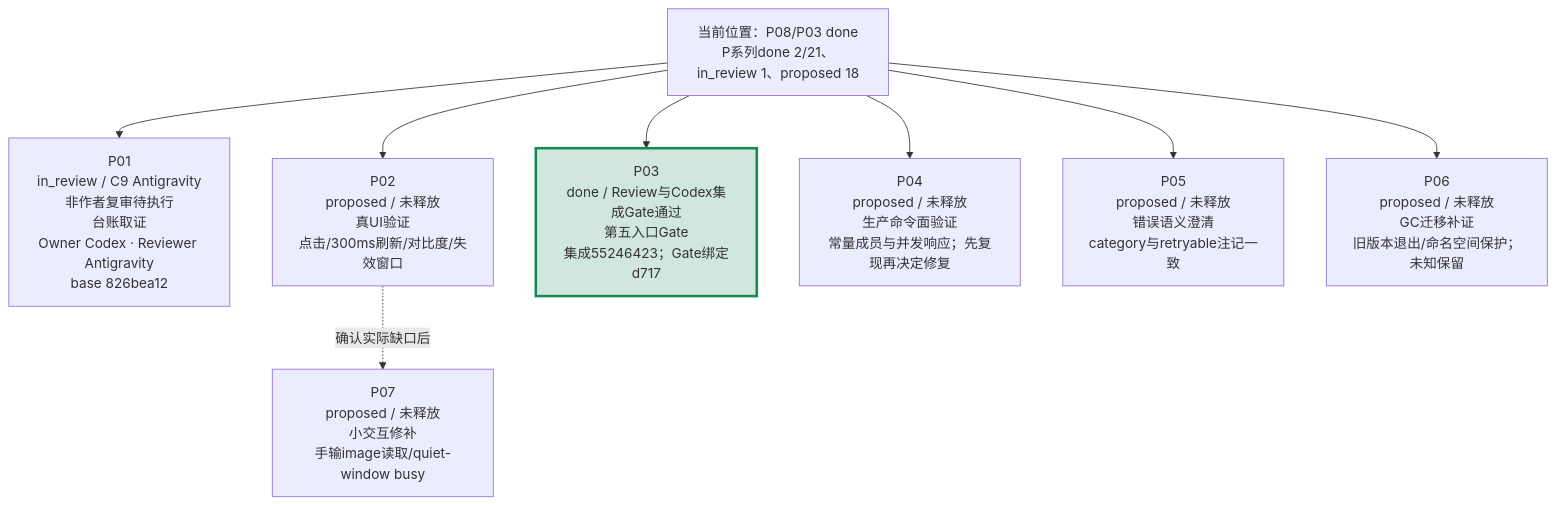
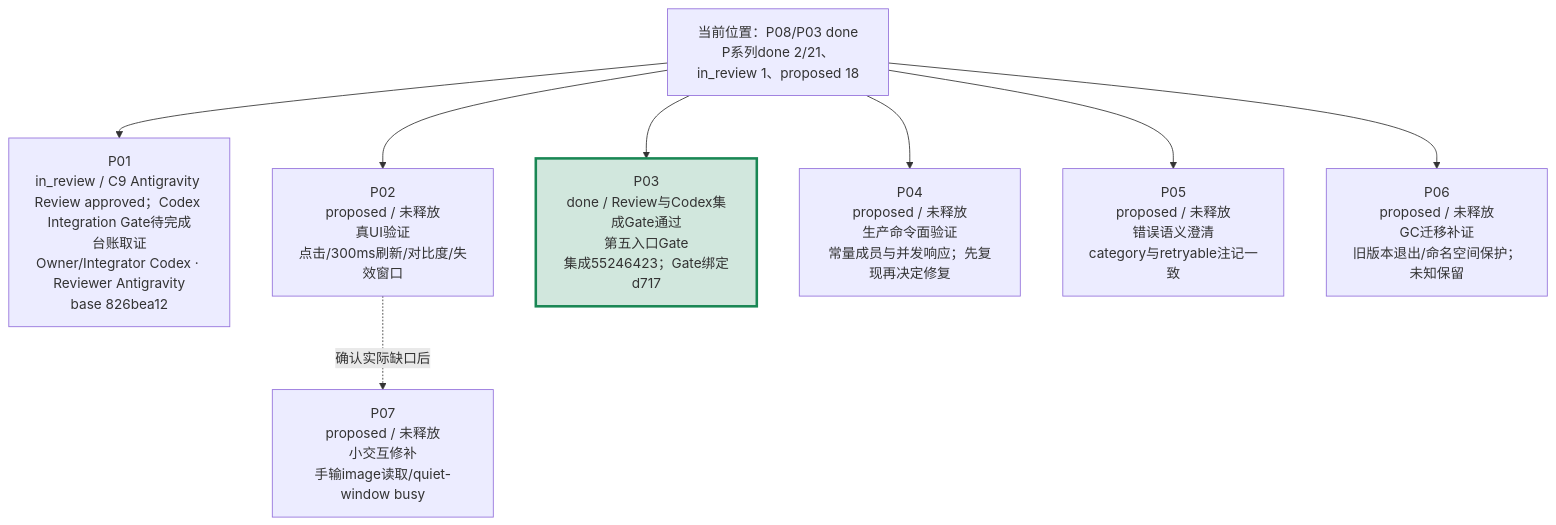
One commit to peakwheat-pixel/New-Manga changed the second of 4 diagrams in verification/PROJECT-ROADMAP-20261008/ROADMAP.md. Above: the diagram before and after it, drawn with Mermaid. The commit also changed other lines of this file and 11 other files, not shown here.

````diff
--- a/verification/PROJECT-ROADMAP-20261008/ROADMAP.md
+++ b/verification/PROJECT-ROADMAP-20261008/ROADMAP.md
@@ -30,11 +30,11 @@
 ```mermaid
 flowchart TB
-  BASE["当前位置：P08/P03 done<br/>P系列done 2/21、in_review 1、proposed 18"] --> P01["P01<br/>in_review / C9 Antigravity非作者复审待执行<br/>台账取证<br/>Owner Codex · Reviewer Antigravity<br/>base 826bea12"]
+  BASE["当前位置：P08/P03 done<br/>P系列done 2/21、in_review 1、proposed 18"] --> P01["P01<br/>in_review / C9 Antigravity Review approved；Codex Integration Gate待完成<br/>台账取证<br/>Owner/Integrator Codex · Reviewer Antigravity<br/>base 826bea12"]
   BASE --> P02["P02<br/>proposed / 未释放<br/>真UI验证<br/>点击/300ms刷新/对比度/失效窗口"]
   BASE --> P03["P03<br/>done / Review与Codex集成Gate通过<br/>第五入口Gate<br/>集成55246423；Gate绑定d717"]
   BASE --> P04["P04<br/>proposed / 未释放<br/>生产命令面验证<br/>常量成员与并发响应；先复现再决定修复"]
   BASE --> P05["P05<br/>proposed / 未释放<br/>错误语义澄清<br/>category与retryable注记一致"]
   BASE --> P06["P06<br/>proposed / 未释放<br/>GC迁移补证<br/>旧版本退出/命名空间保护；未知保留"]
   P02 -. "确认实际缺口后" .-> P07["P07<br/>proposed / 未释放<br/>小交互修补<br/>手输image读取/quiet-window busy"]
   style P03 fill:#d1e7dd,stroke:#198754,stroke-width:3px
 ```
````
